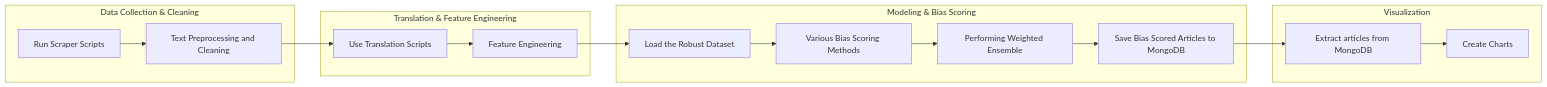
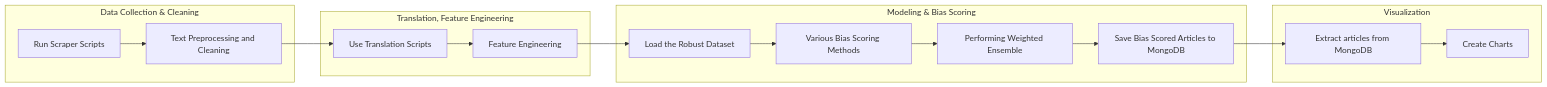
One commit to bharathkaranth/news-bias-analyzer changed the second of 8 diagrams in README.md. Above: the diagram before and after it, drawn with Mermaid.

````diff
--- a/README.md
+++ b/README.md
@@ -80,28 +80,28 @@
 ```mermaid
 flowchart LR
     subgraph S[Data Collection & Cleaning]
         S1[Run Scraper Scripts]
         --> S2[Text Preprocessing and Cleaning]
     end
 
-    subgraph T[Translation & Feature Engineering]
+    subgraph T[Translation, Feature Engineering]
         T1[Use Translation Scripts]
         --> T2[Feature Engineering]
     end
  
     subgraph M[Modeling & Bias Scoring]
         M1[Load the Robust Dataset]
         --> M2[Various Bias Scoring Methods]
         --> M3[Performing Weighted Ensemble]
         --> M4[Save Bias Scored Articles to MongoDB]
     end
  
     subgraph V[Visualization]
         V1[Extract articles from MongoDB]
         --> V2[Create Charts]
     end
  
     S2 --> T1
     T2 --> M1
     M4 --> V1
 ```
````
